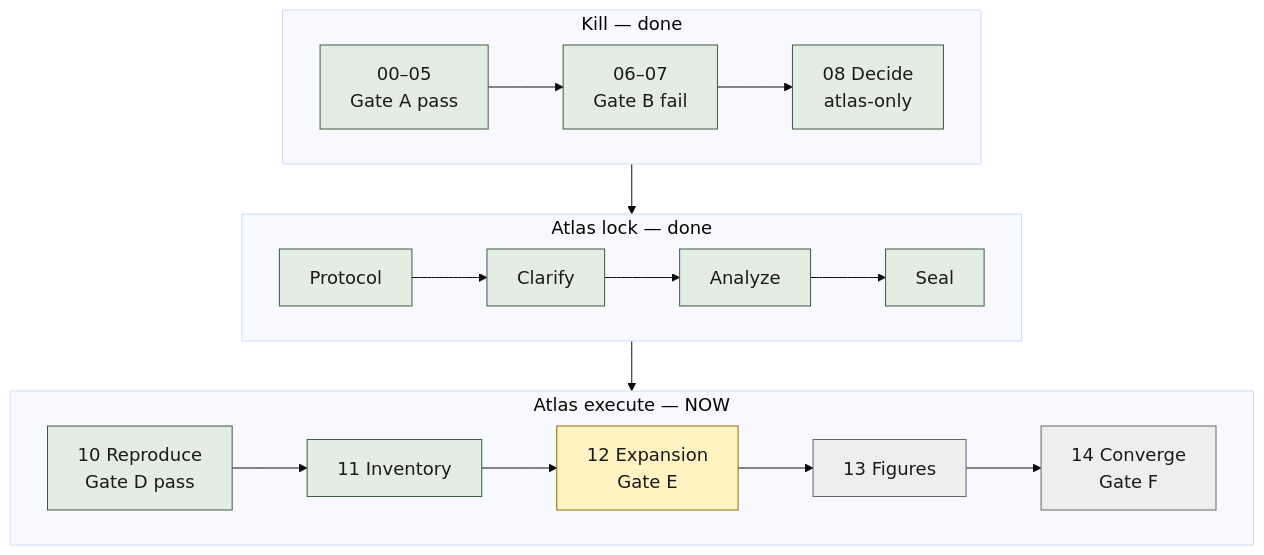
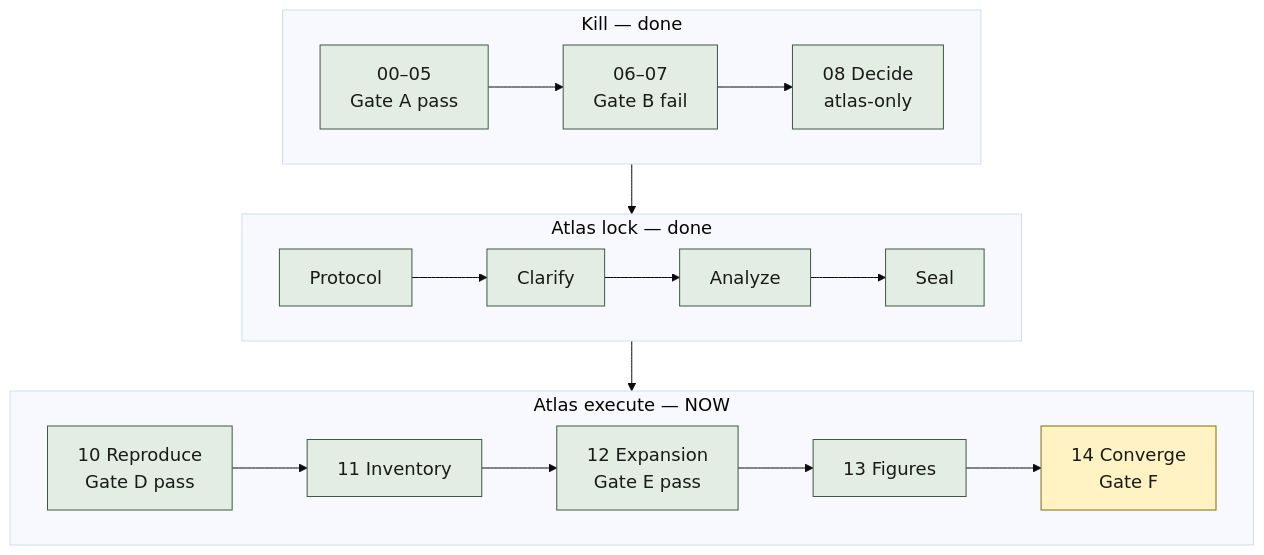
Before and after one commit to cauld/scendo: the diagram in docs/diagrams/scendo-units.mmd, drawn with Mermaid. The commit also changed 20 other files, not shown here.

Commit message:
Record Units 12–13: expansion ECS-state tables (Gate E pass) and display-only stromal figures.

```diff
--- a/docs/diagrams/scendo-units.mmd
+++ b/docs/diagrams/scendo-units.mmd
@@ -1,32 +1,31 @@
 %%{init: {"theme": "base", "themeVariables": {"fontSize": "18px", "fontFamily": "Helvetica, Arial, sans-serif"}} }%%
 flowchart TB
   subgraph kill["Kill — done"]
     direction LR
     U00["00–05<br/>Gate A pass"] --> U06["06–07<br/>Gate B fail"]
     U06 --> U08["08 Decide<br/>atlas-only"]
   end
 
   subgraph lock["Atlas lock — done"]
     direction LR
     PR["Protocol"] --> CL["Clarify"]
     CL --> AN["Analyze"]
     AN --> SE["Seal"]
   end
 
   subgraph run["Atlas execute — NOW"]
     direction LR
     U10["10 Reproduce<br/>Gate D pass"] --> U11["11 Inventory"]
-    U11 --> U12["12 Expansion<br/>Gate E"]
+    U11 --> U12["12 Expansion<br/>Gate E pass"]
     U12 --> U13["13 Figures"]
     U13 --> U14["14 Converge<br/>Gate F"]
   end
 
   U08 --> PR
   SE --> U10
 
   classDef done fill:#E4EDE4,stroke:#3D5A3D,color:#1A1A1A
   classDef now fill:#FFF3C4,stroke:#8A6D00,color:#1A1A1A
   classDef later fill:#EEEEEE,stroke:#666666,color:#1A1A1A
-  class U00,U06,U08,PR,CL,AN,SE,U10,U11 done
-  class U12 now
-  class U13,U14 later
+  class U00,U06,U08,PR,CL,AN,SE,U10,U11,U12,U13 done
+  class U14 now
```
